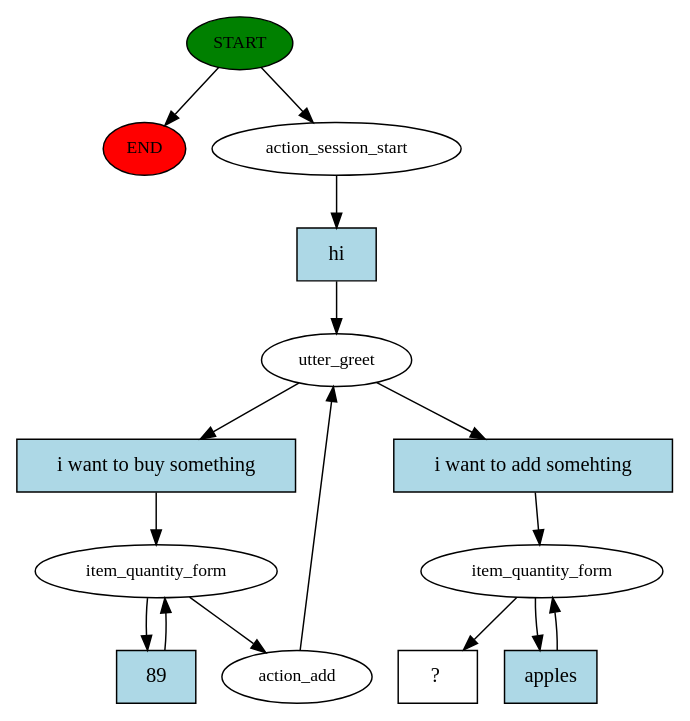
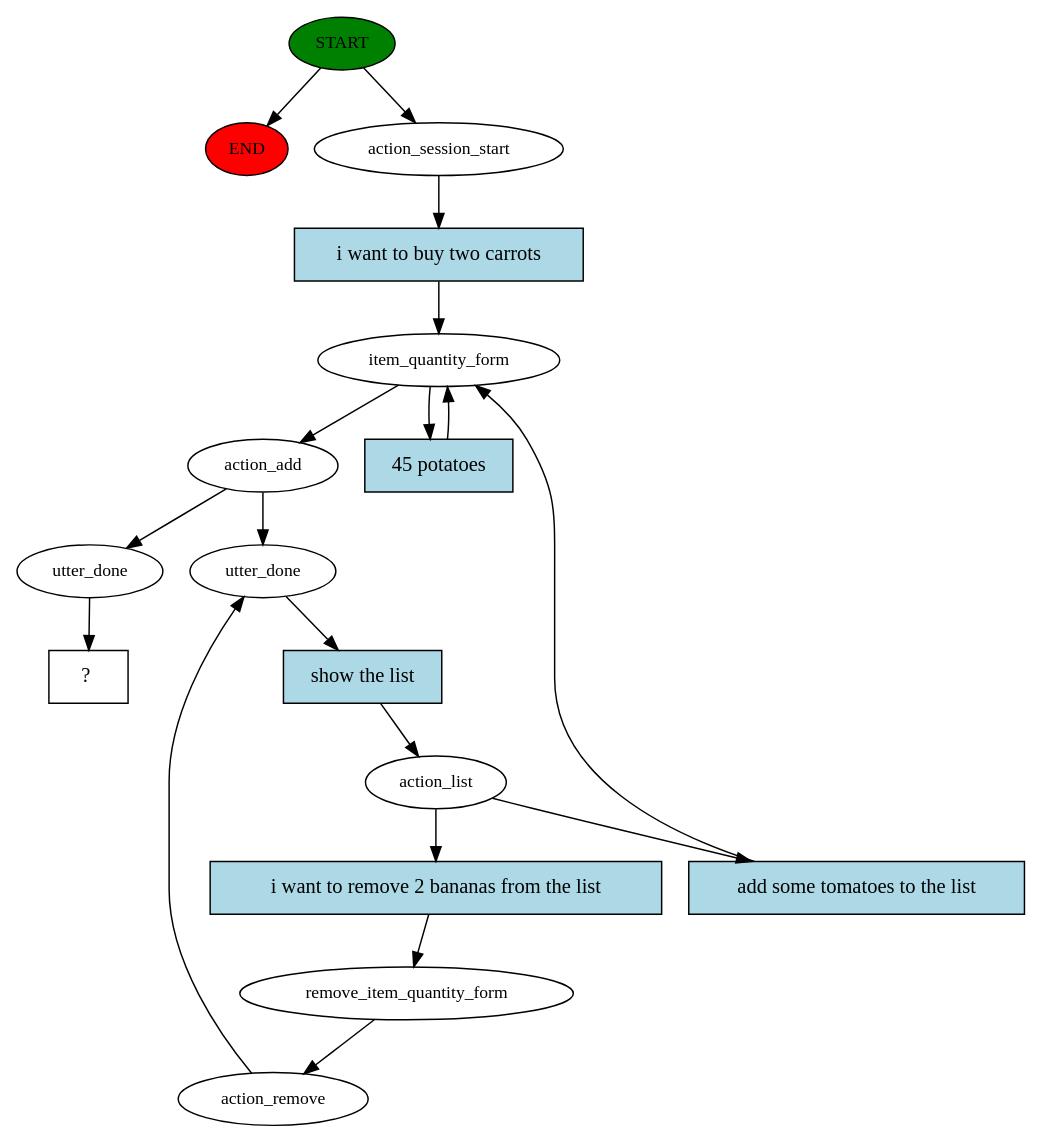
Before and after one commit to wwertyexp/CrMidTerm: the diagram in story_graph.dot, drawn with Graphviz. The commit also changed 2 other files, not shown here.

```diff
--- a/story_graph.dot
+++ b/story_graph.dot
@@ -1,30 +1,36 @@
 digraph  {
 0 [class="start active", fillcolor=green, fontsize=12, label=START, style=filled];
 "-1" [class=end, fillcolor=red, fontsize=12, label=END, style=filled];
 1 [class=active, fontsize=12, label=action_session_start];
-2 [class=active, fontsize=12, label=utter_greet];
-3 [class=active, fontsize=12, label=item_quantity_form];
-6 [class=active, fontsize=12, label=action_add];
-8 [class=active, fontsize=12, label=item_quantity_form];
-10 [class="intent dashed active", label="  ?  ", shape=rect];
-11 [class="intent active", fillcolor=lightblue, label=hi, shape=rect, style=filled];
-12 [class="intent active", fillcolor=lightblue, label="i want to buy something", shape=rect, style=filled];
-13 [class="intent active", fillcolor=lightblue, label="i want to add somehting", shape=rect, style=filled];
-14 [class="intent active", fillcolor=lightblue, label=89, shape=rect, style=filled];
-15 [class="intent active", fillcolor=lightblue, label=apples, shape=rect, style=filled];
+2 [class=active, fontsize=12, label=item_quantity_form];
+3 [class=active, fontsize=12, label=action_add];
+4 [class=active, fontsize=12, label=utter_done];
+5 [class=active, fontsize=12, label=action_list];
+10 [class=active, fontsize=12, label=remove_item_quantity_form];
+11 [class=active, fontsize=12, label=action_remove];
+25 [class=active, fontsize=12, label=utter_done];
+26 [class="intent dashed active", label="  ?  ", shape=rect];
+27 [class="intent active", fillcolor=lightblue, label="i want to buy two carrots", shape=rect, style=filled];
+28 [class="intent active", fillcolor=lightblue, label="45 potatoes", shape=rect, style=filled];
+29 [class="intent active", fillcolor=lightblue, label="show the list", shape=rect, style=filled];
+30 [class="intent active", fillcolor=lightblue, label="add some tomatoes to the list", shape=rect, style=filled];
+31 [class="intent active", fillcolor=lightblue, label="i want to remove 2 bananas from the list", shape=rect, style=filled];
 0 -> "-1"  [class="", key=NONE, label=""];
 0 -> 1  [class=active, key=NONE, label=""];
-1 -> 11  [class=active, key=0];
-2 -> 12  [class=active, key=0];
-2 -> 13  [class=active, key=0];
-3 -> 6  [class=active, key=NONE, label=""];
-3 -> 14  [class=active, key=0];
-6 -> 2  [class=active, key=NONE, label=""];
-8 -> 10  [class=active, key=NONE, label=""];
-8 -> 15  [class=active, key=0];
-11 -> 2  [class=active, key=0];
-12 -> 3  [class=active, key=0];
-13 -> 8  [class=active, key=0];
-14 -> 3  [class=active, key=0];
-15 -> 8  [class=active, key=0];
+1 -> 27  [class=active, key=0];
+2 -> 3  [class=active, key=NONE, label=""];
+2 -> 28  [class=active, key=0];
+3 -> 4  [class=active, key=NONE, label=""];
+3 -> 25  [class=active, key=NONE, label=""];
+4 -> 29  [class=active, key=0];
+5 -> 30  [class=active, key=0];
+5 -> 31  [class=active, key=0];
+10 -> 11  [class=active, key=NONE, label=""];
+11 -> 4  [class=active, key=NONE, label=""];
+25 -> 26  [class=active, key=NONE, label=""];
+27 -> 2  [class=active, key=0];
+28 -> 2  [class=active, key=0];
+29 -> 5  [class=active, key=0];
+30 -> 2  [class=active, key=0];
+31 -> 10  [class=active, key=0];
 }
```
